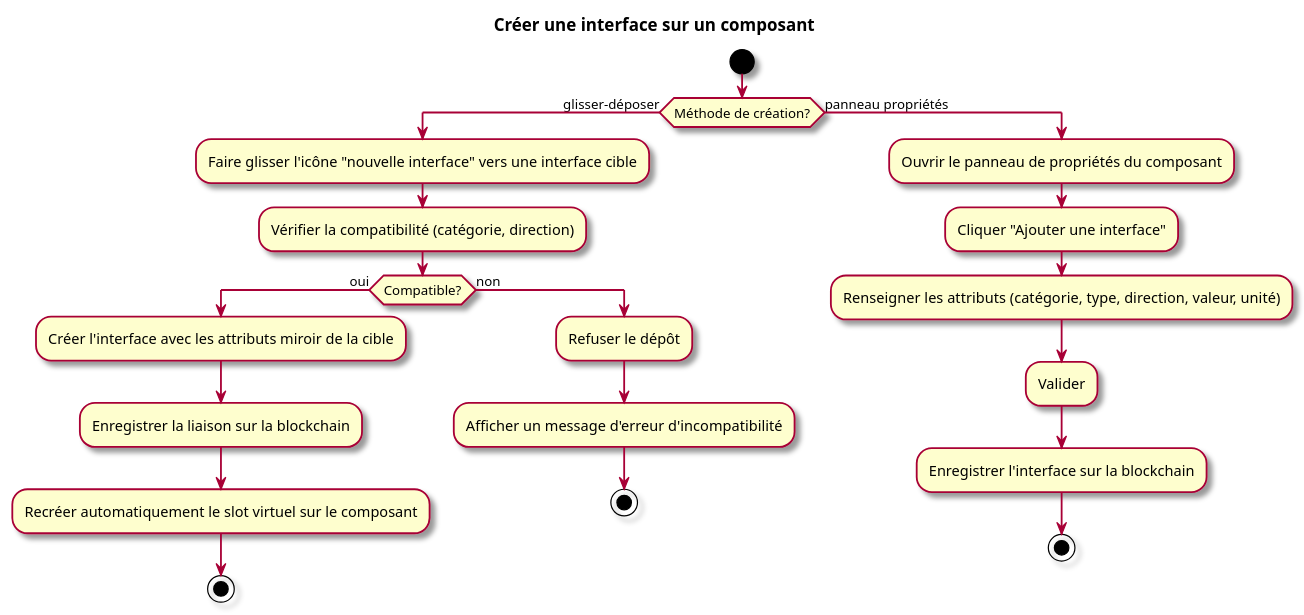
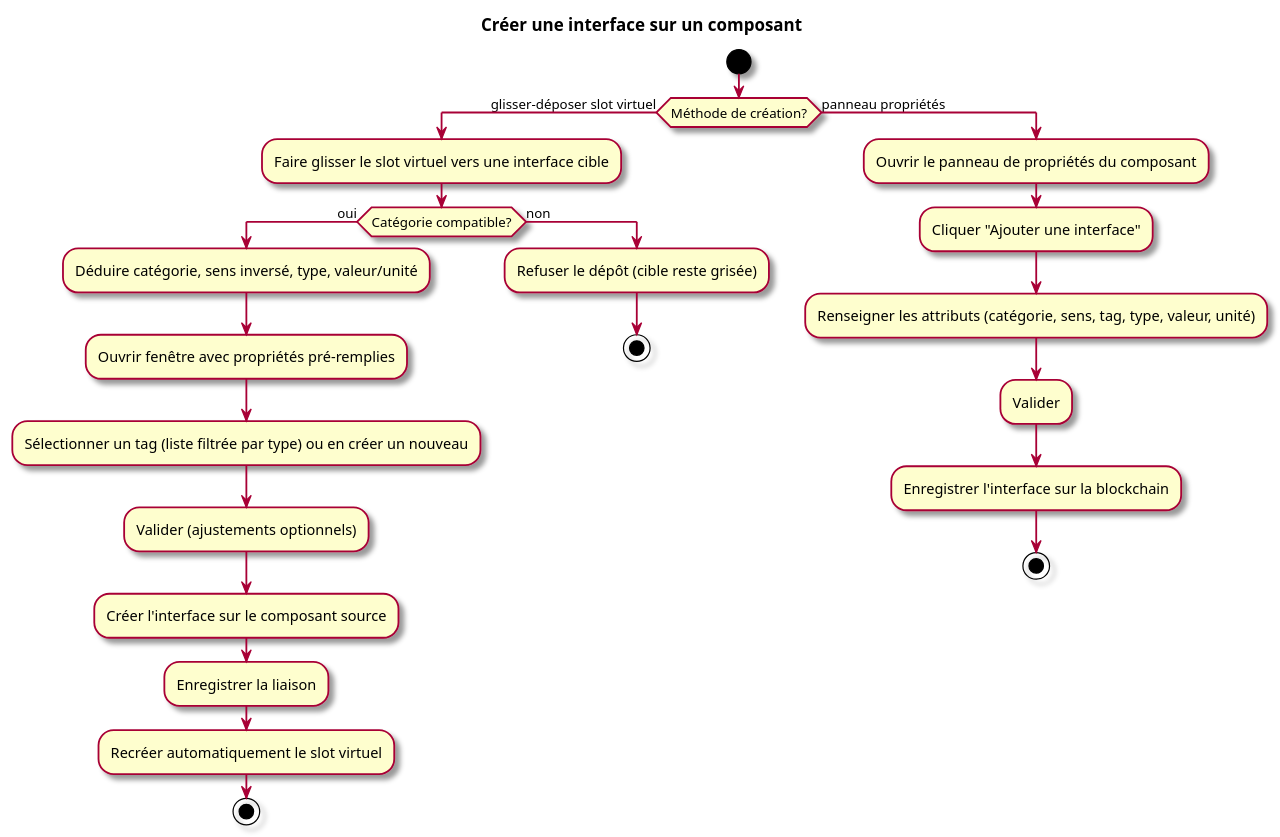
Before and after one commit to olivaux/myr: the second of 2 diagrams in specs/1-Expression/UCAM-Atelier_Module/UCAM03.md, drawn with PlantUML. The commit also changed other lines of this file and 7 other files, not shown here.

````diff
--- a/specs/1-Expression/UCAM-Atelier_Module/UCAM03.md
+++ b/specs/1-Expression/UCAM-Atelier_Module/UCAM03.md
@@ -84,28 +96,30 @@
 ```plantuml
 @startuml
 skin rose
 title Créer une interface sur un composant
 start
-if (Méthode de création?) then (glisser-déposer)
-  :Faire glisser l'icône "nouvelle interface" vers une interface cible;
-  :Vérifier la compatibilité (catégorie, direction);
-  if (Compatible?) then (oui)
-    :Créer l'interface avec les attributs miroir de la cible;
-    :Enregistrer la liaison sur la blockchain;
-    :Recréer automatiquement le slot virtuel sur le composant;
+if (Méthode de création?) then (glisser-déposer slot virtuel)
+  :Faire glisser le slot virtuel vers une interface cible;
+  if (Catégorie compatible?) then (oui)
+    :Déduire catégorie, sens inversé, type, valeur/unité;
+    :Ouvrir fenêtre avec propriétés pré-remplies;
+    :Sélectionner un tag (liste filtrée par type) ou en créer un nouveau;
+    :Valider (ajustements optionnels);
+    :Créer l'interface sur le composant source;
+    :Enregistrer la liaison;
+    :Recréer automatiquement le slot virtuel;
     stop
   else (non)
-    :Refuser le dépôt;
-    :Afficher un message d'erreur d'incompatibilité;
+    :Refuser le dépôt (cible reste grisée);
     stop
   endif
 else (panneau propriétés)
   :Ouvrir le panneau de propriétés du composant;
   :Cliquer "Ajouter une interface";
-  :Renseigner les attributs (catégorie, type, direction, valeur, unité);
+  :Renseigner les attributs (catégorie, sens, tag, type, valeur, unité);
   :Valider;
   :Enregistrer l'interface sur la blockchain;
   stop
 endif
 @enduml
 ```
````
